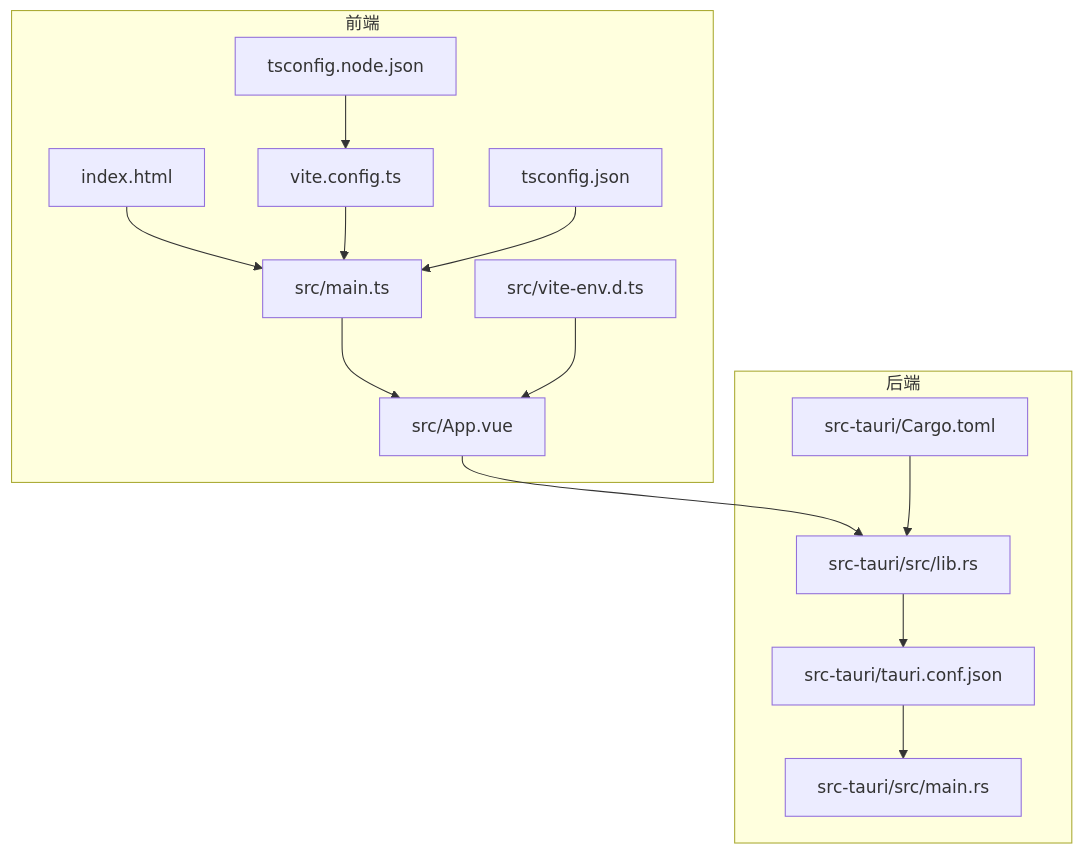
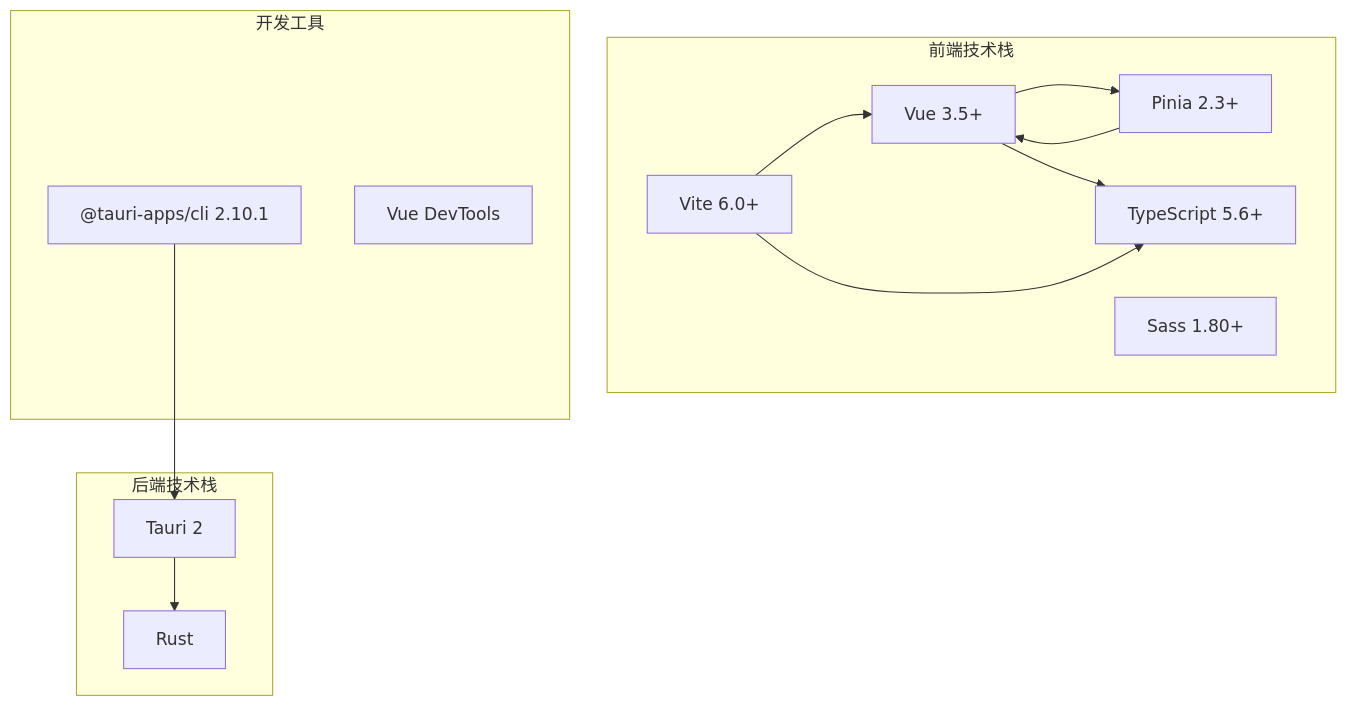
The first of 8 diagrams in .qoder/repowiki/zh/content/架构设计/前端架构.md (LStkTrail/easy-trade-assistant), drawn with Mermaid before and after one commit. The commit also changed other lines of this file and 780 other files, not shown here.

````diff
--- a/.qoder/repowiki/zh/content/架构设计/前端架构.md
+++ b/.qoder/repowiki/zh/content/架构设计/前端架构.md
@@ -41,28 +70,25 @@
 ```mermaid
 graph TB
-subgraph "前端"
-HTML["index.html"]
-MAIN["src/main.ts"]
-APP["src/App.vue"]
-VITECFG["vite.config.ts"]
-TSROOT["tsconfig.json"]
-TSNODE["tsconfig.node.json"]
-ENV["src/vite-env.d.ts"]
+subgraph "前端技术栈"
+Vue["Vue 3.5+"]
+TS["TypeScript 5.6+"]
+Vite["Vite 6.0+"]
+Pinia["Pinia 2.3+"]
+Sass["Sass 1.80+"]
 end
-subgraph "后端"
-TCONF["src-tauri/tauri.conf.json"]
-LIBRS["src-tauri/src/lib.rs"]
-MAINRS["src-tauri/src/main.rs"]
-CARGO["src-tauri/Cargo.toml"]
+subgraph "后端技术栈"
+Tauri["Tauri 2"]
+Rust["Rust"]
 end
-HTML --> MAIN
-MAIN --> APP
-APP --> LIBRS
-VITECFG --> MAIN
-TSROOT --> MAIN
-TSNODE --> VITECFG
-ENV --> APP
-TCONF --> MAINRS
-LIBRS --> TCONF
-CARGO --> LIBRS
+subgraph "开发工具"
+CLI["@tauri-apps/cli 2.10.1"]
+DevTools["Vue DevTools"]
+end
+Vue --> Pinia
+Vue --> TS
+Vite --> Vue
+Vite --> TS
+Pinia --> Vue
+Tauri --> Rust
+CLI --> Tauri
 ```
````
